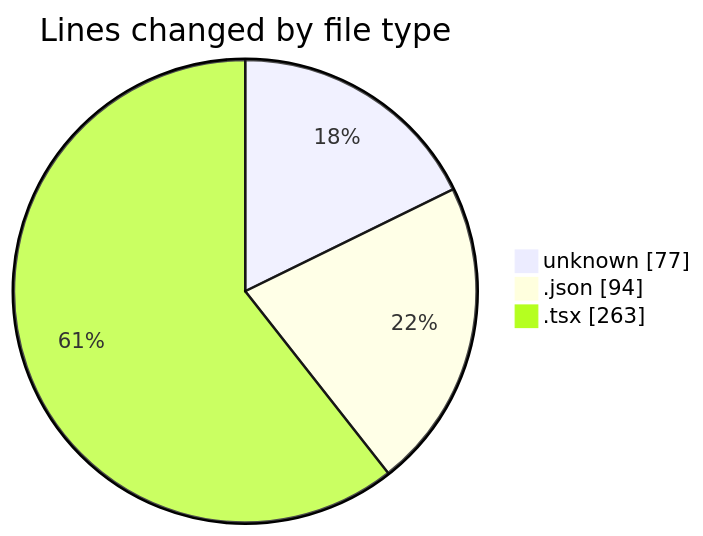
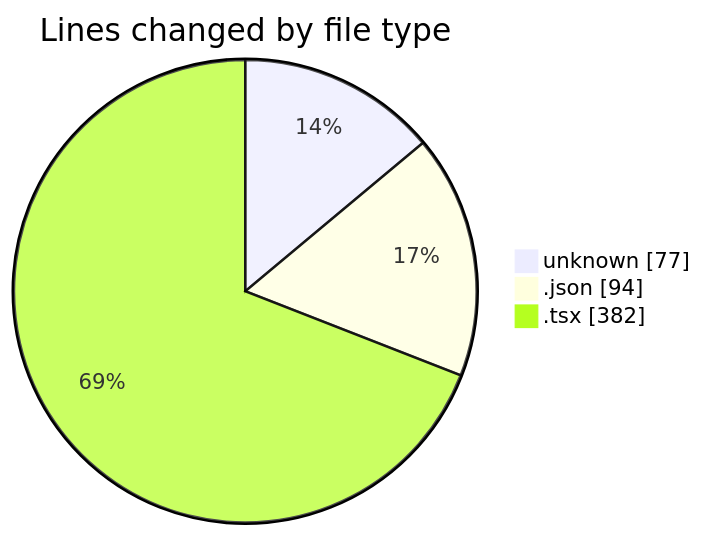
Before and after one commit to JenPaints/code-tracking: the first of 2 diagrams in 2025-07-24/cohera/README.md, drawn with Mermaid. The commit also changed other lines of this file and 1 other file, not shown here.

````diff
--- a/2025-07-24/cohera/README.md
+++ b/2025-07-24/cohera/README.md
@@ -25,7 +27,7 @@
 ```mermaid
 pie showData
 title Lines changed by file type
 "unknown" : 77
 ".json" : 94
-".tsx" : 263
+".tsx" : 382
 ```
````
